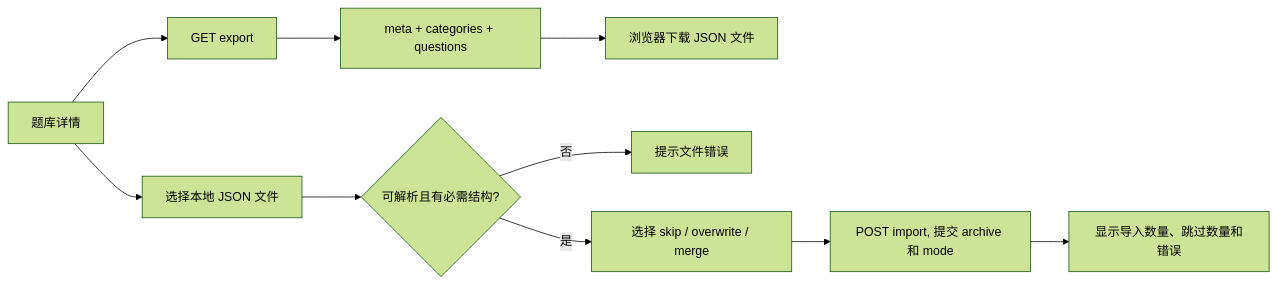
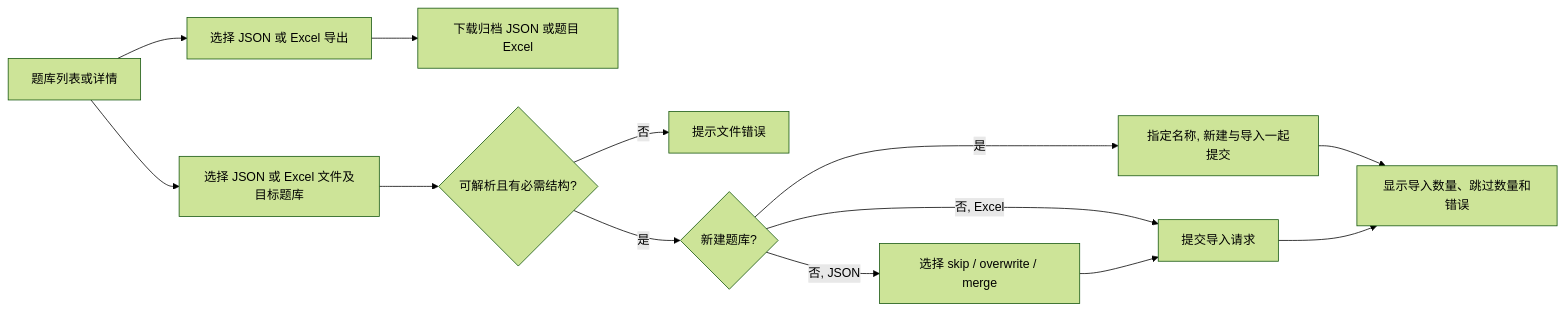
The fourth of 6 diagrams in docs/business-flows.md (zcloud-workshop/exam-platform-frontend), drawn with Mermaid (forest theme) before and after one commit. The commit also changed other lines of this file, not shown here.

Commit message:
docs: describe JSON and Excel bank transfer flows

````diff
--- a/docs/business-flows.md
+++ b/docs/business-flows.md
@@ -132,12 +132,15 @@
 ```mermaid
 flowchart LR
-  Bank["题库详情"] --> Export["GET export"]
-  Export --> JSON["meta + categories + questions"]
-  JSON --> Download["浏览器下载 JSON 文件"]
-  Bank --> Import["选择本地 JSON 文件"]
+  Bank["题库列表或详情"] --> Export["选择 JSON 或 Excel 导出"]
+  Export --> Download["下载归档 JSON 或题目 Excel"]
+  Bank --> Import["选择 JSON 或 Excel 文件及目标题库"]
   Import --> Validate{"可解析且有必需结构?"}
   Validate -->|"否"| Error["提示文件错误"]
-  Validate -->|"是"| Mode["选择 skip / overwrite / merge"]
-  Mode --> Submit["POST import, 提交 archive 和 mode"]
+  Validate -->|"是"| Target{"新建题库?"}
+  Target -->|"是"| Create["指定名称, 新建与导入一起提交"]
+  Target -->|"否, JSON"| Mode["选择 skip / overwrite / merge"]
+  Target -->|"否, Excel"| Submit["提交导入请求"]
+  Mode --> Submit
+  Create --> Summary
   Submit --> Summary["显示导入数量、跳过数量和错误"]
 ```
````
